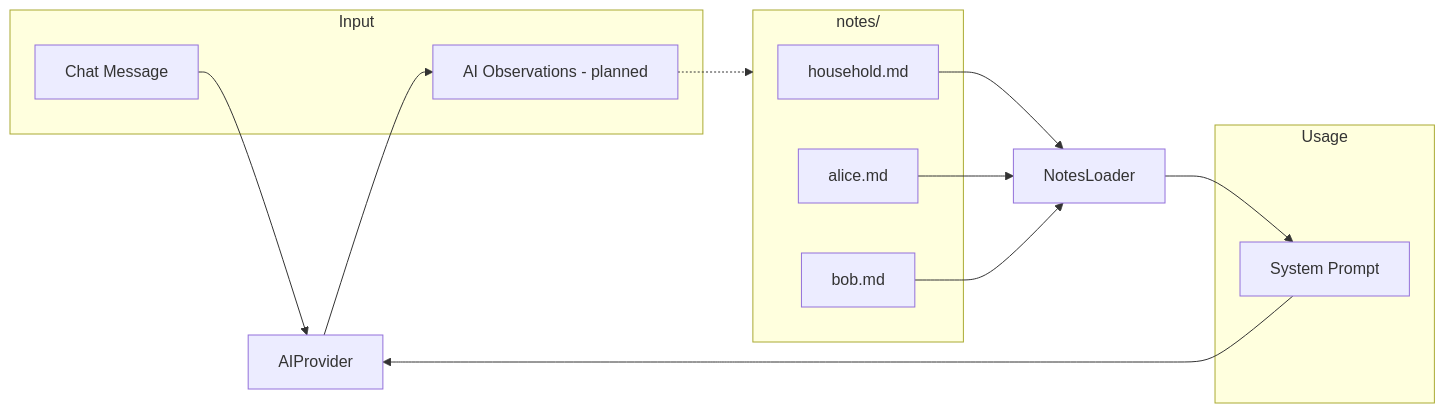
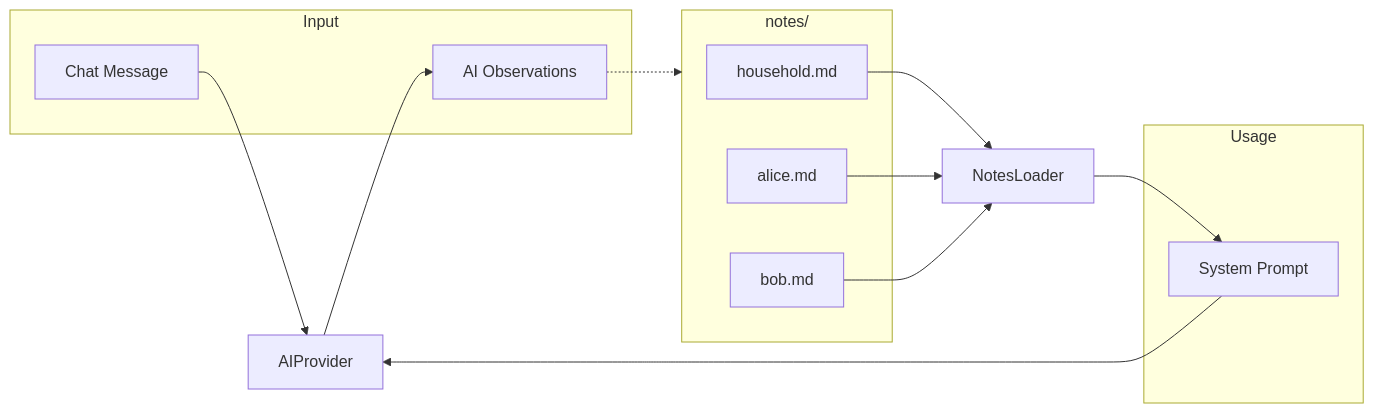
One commit to StevenGann/Gregory changed the fourth of 5 diagrams in docs/ARCHITECTURE.md. Above: the diagram before and after it, drawn with Mermaid. The commit also changed other lines of this file and 24 other files, not shown here.

````diff
--- a/docs/ARCHITECTURE.md
+++ b/docs/ARCHITECTURE.md
@@ -111,26 +111,26 @@
 ```mermaid
 flowchart LR
     subgraph input [Input]
         Chat[Chat Message]
-        Observations[AI Observations - planned]
+        Observations[AI Observations]
     end
 
     subgraph notes_dir [notes/]
         household[household.md]
         alice[alice.md]
         bob[bob.md]
     end
 
     subgraph usage [Usage]
         SystemPrompt[System Prompt]
     end
 
     household --> NotesLoader
     alice --> NotesLoader
     bob --> NotesLoader
     NotesLoader --> SystemPrompt
     SystemPrompt --> AIProvider
     Chat --> AIProvider
     AIProvider --> Observations
     Observations -.-> notes_dir
 ```
````
